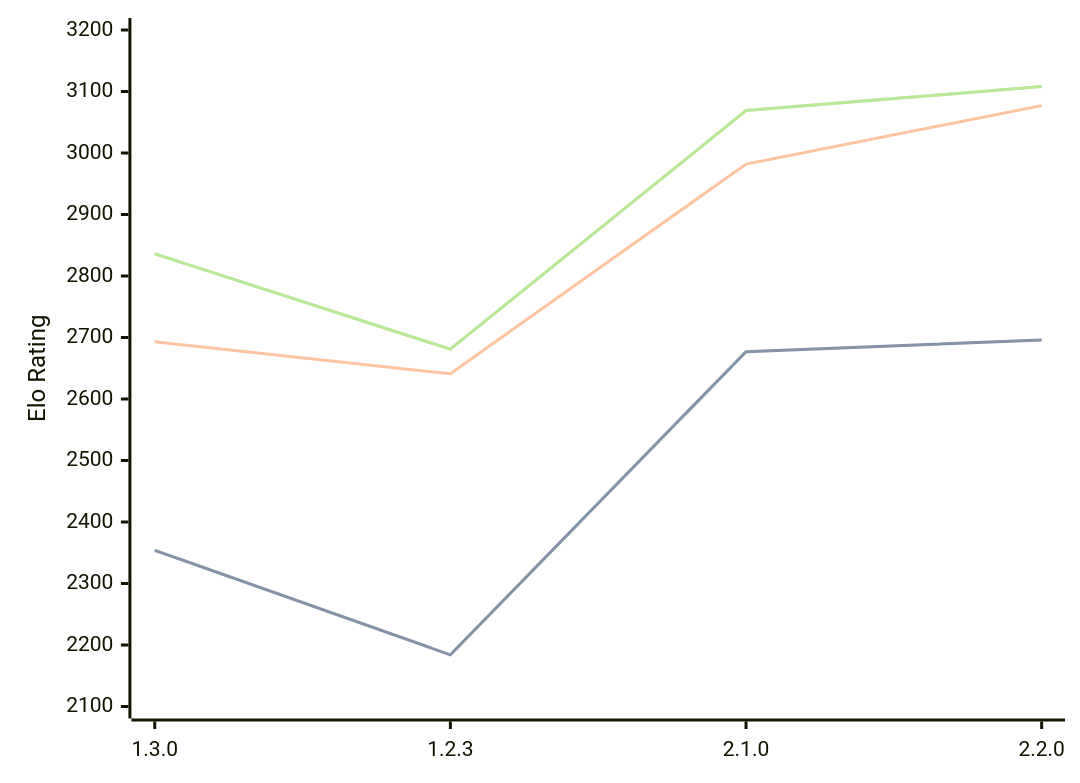
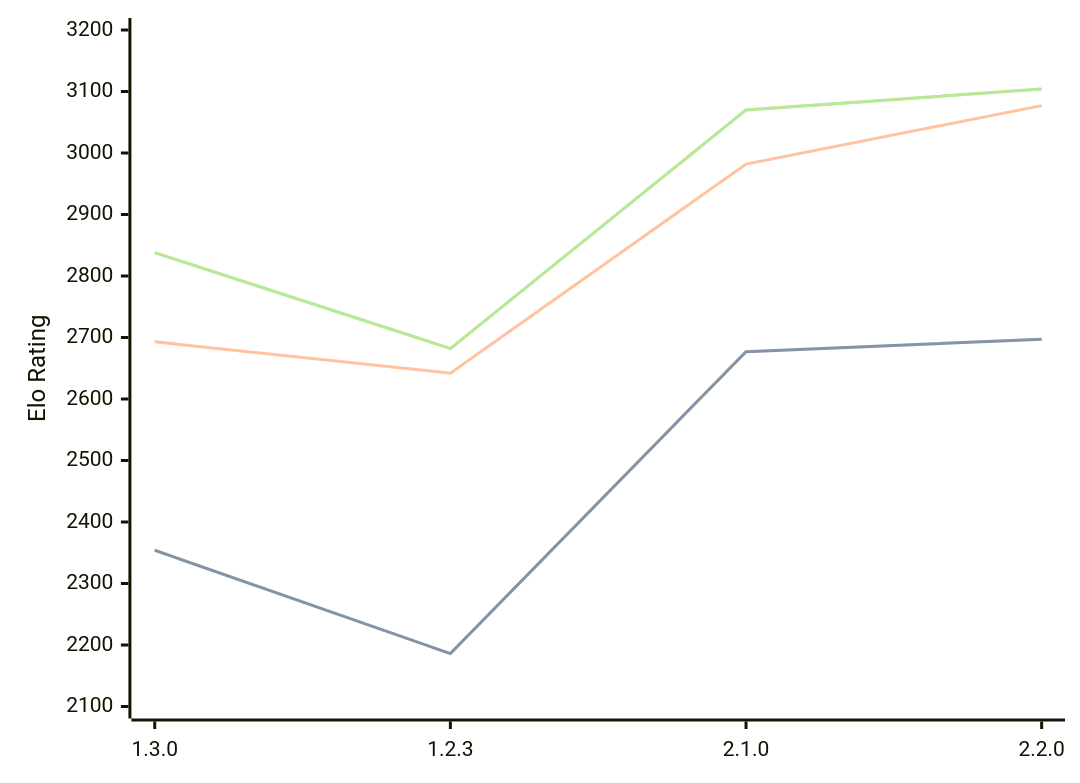
One commit to computer-chess-index/cci changed the diagram in engines/Aspen.md. Above: the diagram before and after it, drawn with Mermaid. The commit also changed other lines of this file, not shown here.

Commit message:
Update CCI Ratings (ELO VLTC) - 2026-08-20

````diff
--- a/engines/Aspen.md
+++ b/engines/Aspen.md
@@ -43,11 +43,11 @@
 ```mermaid
 %%{init: {"theme":"base","themeVariables":{"seriesColors:['#a3a3a3','#222221','#faa371']}}}%%
 xychart-beta
   x-axis ["1.3.0", "1.2.3", "2.1.0", "2.2.0"]
   y-axis "Elo Rating" 2100 --> 3200
-  line "STC (8.0+0.08s)" [2354, 2184, 2677, 2696]
-  line "STC (8.0+0.08s)" [2354, 2184, 2677, 2696]
-  line "LTC (60.0+0.60s)" [2693, 2641, 2982, 3077]
-  line "VLTC (2m24s+1.12s)" [2836, 2681, 3069, 3108]
-  line "VLTC (2m24s+1.12s)" [2836, 2681, 3069, 3108]
+  line "STC (8.0+0.08s)" [2354, 2186, 2677, 2697]
+  line "STC (8.0+0.08s)" [2354, 2186, 2677, 2697]
+  line "LTC (60.0+0.60s)" [2693, 2642, 2982, 3077]
+  line "VLTC (2m24s+1.12s)" [2838, 2682, 3070, 3104]
+  line "VLTC (2m24s+1.12s)" [2838, 2682, 3070, 3104]
 ```
````
